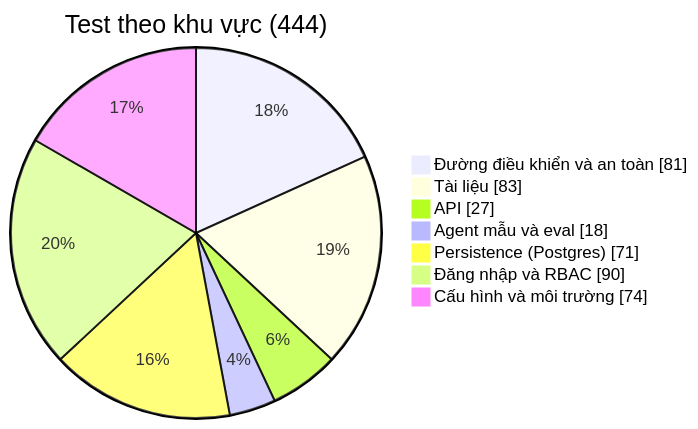
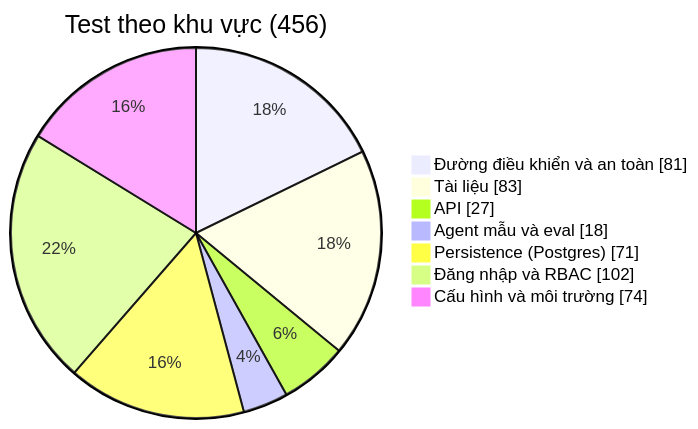
One commit to nguyenquangtiep/smart-home-future changed the diagram in docs/TESTING_STRATEGY.md. Above: the diagram before and after it, drawn with Mermaid. The commit also changed other lines of this file and 4 other files, not shown here.

````diff
--- a/docs/TESTING_STRATEGY.md
+++ b/docs/TESTING_STRATEGY.md
@@ -49,10 +49,10 @@
 ```mermaid
-pie showData title Test theo khu vực (444)
+pie showData title Test theo khu vực (456)
     "Đường điều khiển và an toàn" : 81
     "Tài liệu" : 83
     "API" : 27
     "Agent mẫu và eval" : 18
     "Persistence (Postgres)" : 71
-    "Đăng nhập và RBAC" : 90
+    "Đăng nhập và RBAC" : 102
     "Cấu hình và môi trường" : 74
 ```
````
